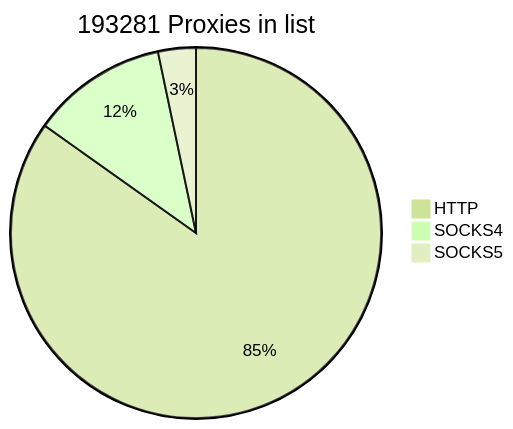
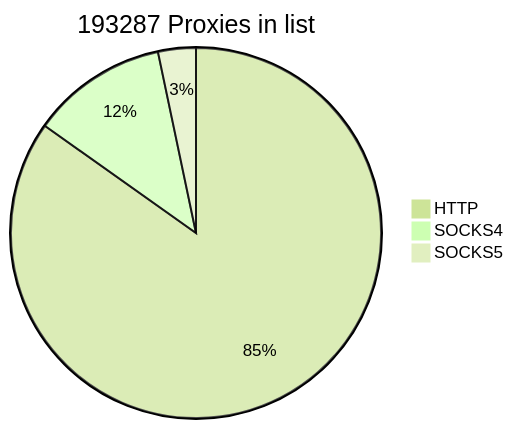
One commit to cutipu/proxylist changed the first of 2 diagrams in README.md. Above: the diagram before and after it, drawn with Mermaid (forest theme). The commit also changed other lines of this file, not shown here.

````diff
--- a/README.md
+++ b/README.md
@@ -2,7 +2,7 @@
 ```mermaid
-pie title 193281 Proxies in list
-    "HTTP" : 163948
-    "SOCKS4" : 22959
+pie title 193287 Proxies in list
+    "HTTP" : 163949
+    "SOCKS4" : 22964
     "SOCKS5" : 6374
             
 ```
````
